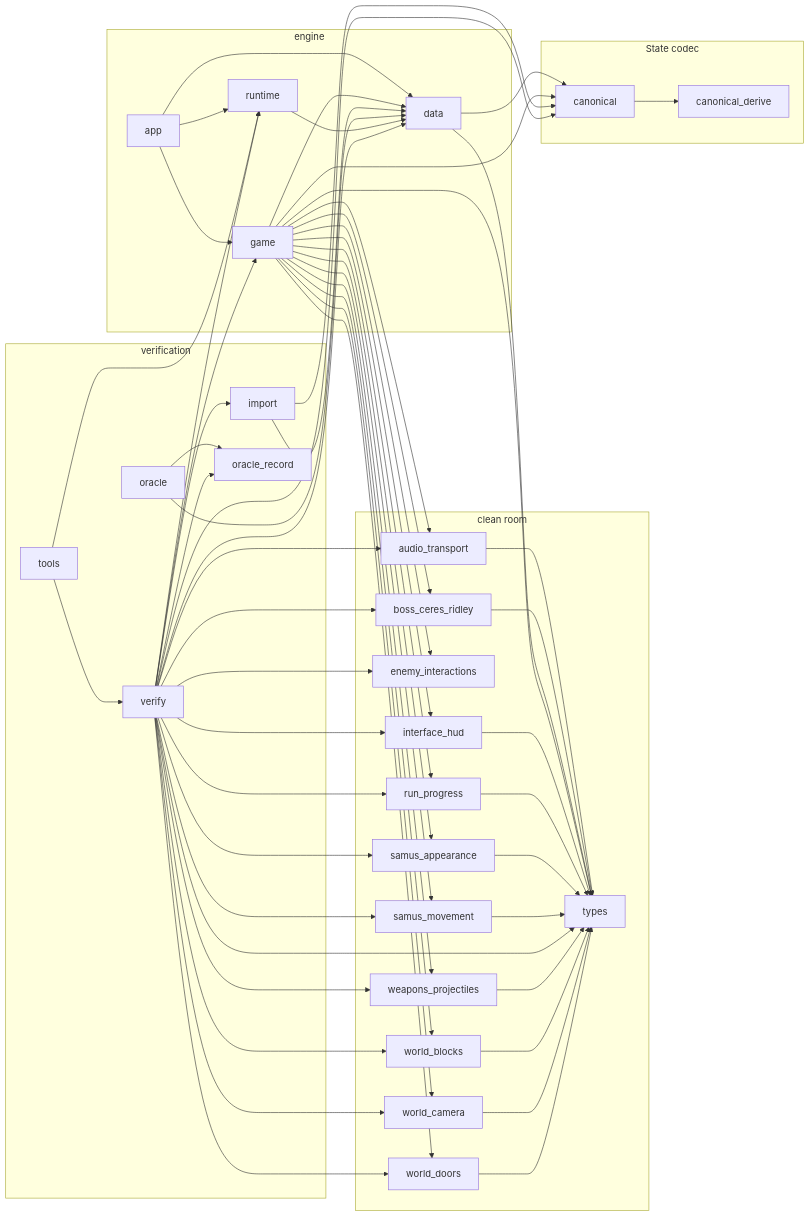
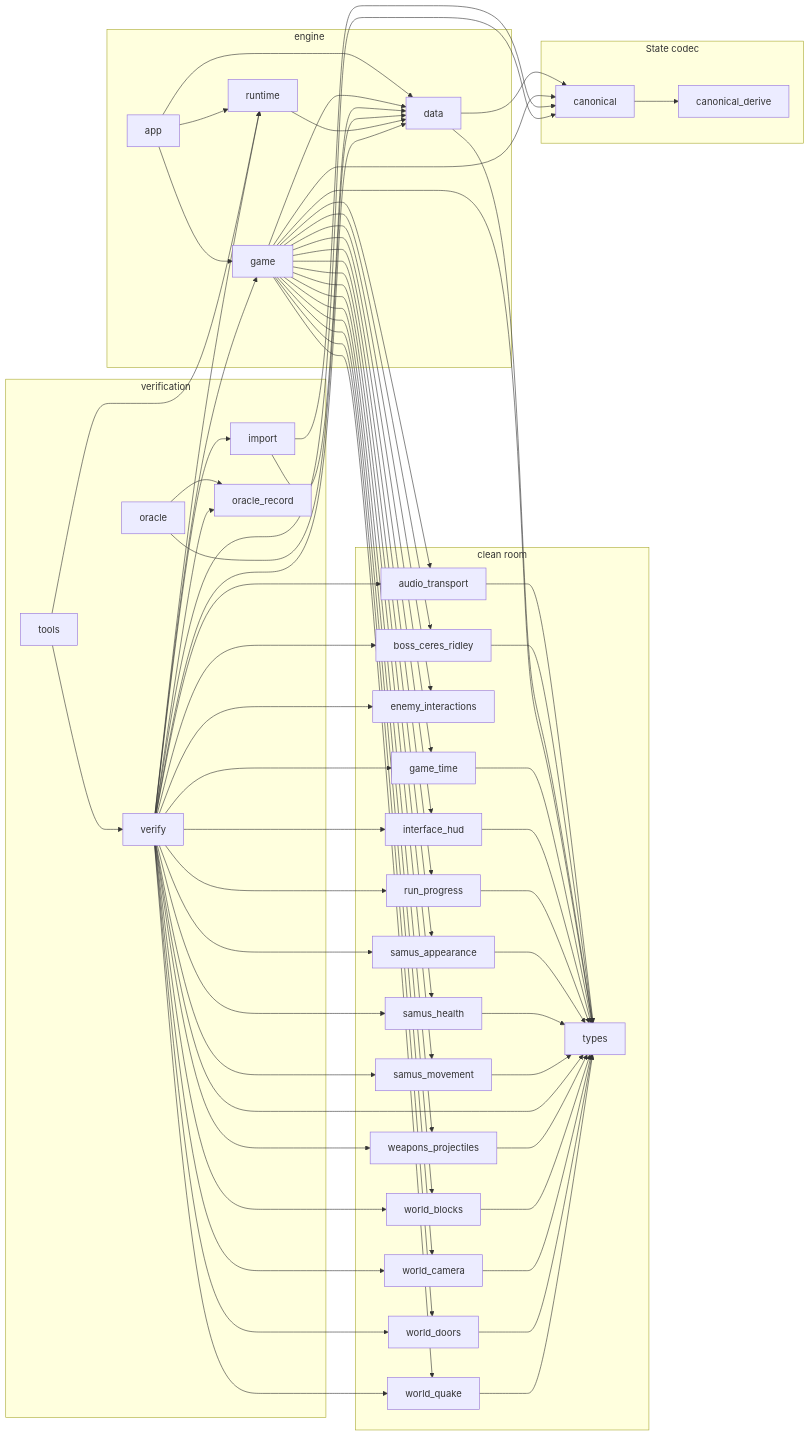
The second of 16 diagrams in docs/REPORT.md (JimLundin/sm-decomp), drawn with Mermaid before and after one commit. The commit also changed other lines of this file and 297 other files, not shown here.

````diff
--- a/docs/REPORT.md
+++ b/docs/REPORT.md
@@ -723,15 +810,18 @@
     c_audio_transport["audio_transport"]
     c_boss_ceres_ridley["boss_ceres_ridley"]
     c_enemy_interactions["enemy_interactions"]
+    c_game_time["game_time"]
     c_interface_hud["interface_hud"]
     c_run_progress["run_progress"]
     c_samus_appearance["samus_appearance"]
+    c_samus_health["samus_health"]
     c_samus_movement["samus_movement"]
     c_types["types"]
     c_weapons_projectiles["weapons_projectiles"]
     c_world_blocks["world_blocks"]
     c_world_camera["world_camera"]
     c_world_doors["world_doors"]
+    c_world_quake["world_quake"]
   end
   subgraph codec["State codec"]
     c_canonical["canonical"]
@@ -757,15 +847,19 @@
   c_game --> c_canonical
   c_game --> c_data
   c_game --> c_enemy_interactions
+  c_game --> c_game_time
   c_game --> c_interface_hud
   c_game --> c_run_progress
   c_game --> c_samus_appearance
+  c_game --> c_samus_health
   c_game --> c_samus_movement
   c_game --> c_types
   c_game --> c_weapons_projectiles
   c_game --> c_world_blocks
   c_game --> c_world_camera
   c_game --> c_world_doors
+  c_game --> c_world_quake
+  c_game_time --> c_types
   c_import --> c_canonical
   c_import --> c_data
   c_interface_hud --> c_types
@@ -774,6 +868,7 @@
   c_run_progress --> c_types
   c_runtime --> c_data
   c_samus_appearance --> c_types
+  c_samus_health --> c_types
   c_samus_movement --> c_types
   c_tools --> c_runtime
   c_tools --> c_verify
@@ -783,20 +878,24 @@
   c_verify --> c_data
   c_verify --> c_enemy_interactions
   c_verify --> c_game
+  c_verify --> c_game_time
   c_verify --> c_import
   c_verify --> c_interface_hud
   c_verify --> c_oracle_record
   c_verify --> c_run_progress
   c_verify --> c_runtime
   c_verify --> c_samus_appearance
+  c_verify --> c_samus_health
   c_verify --> c_samus_movement
   c_verify --> c_types
   c_verify --> c_weapons_projectiles
   c_verify --> c_world_blocks
   c_verify --> c_world_camera
   c_verify --> c_world_doors
+  c_verify --> c_world_quake
   c_weapons_projectiles --> c_types
   c_world_blocks --> c_types
   c_world_camera --> c_types
   c_world_doors --> c_types
+  c_world_quake --> c_types
 ```
````
